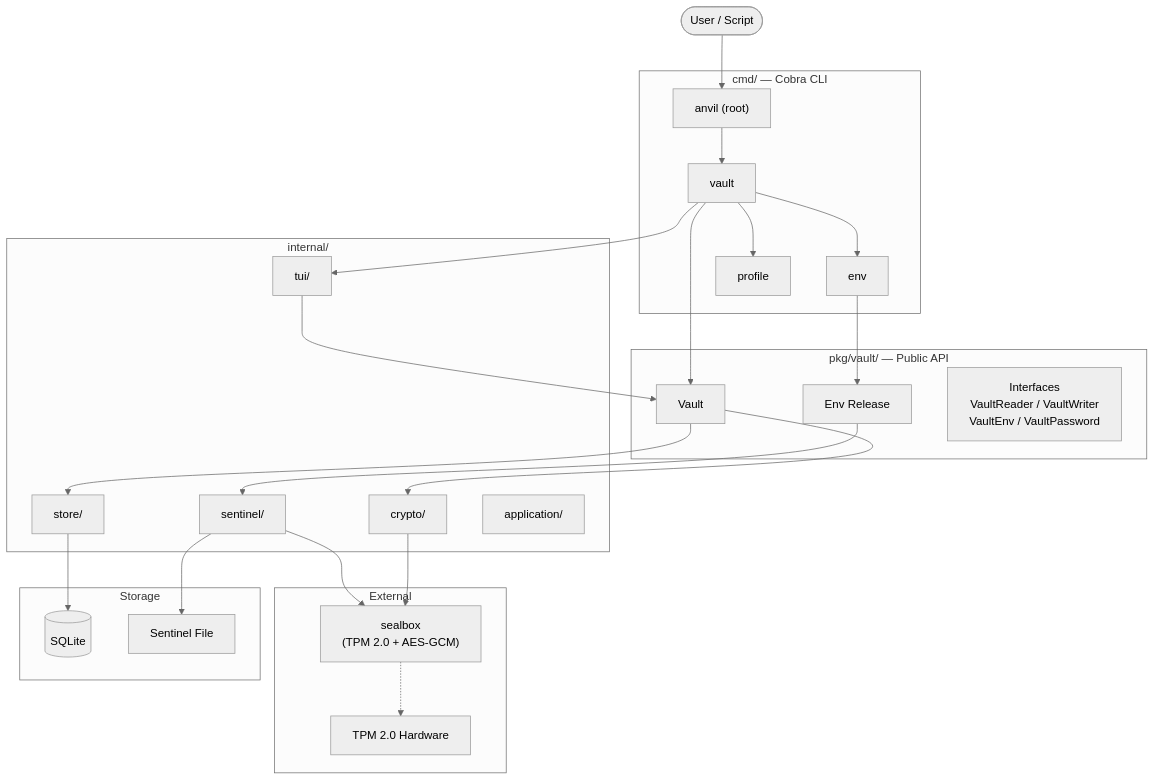
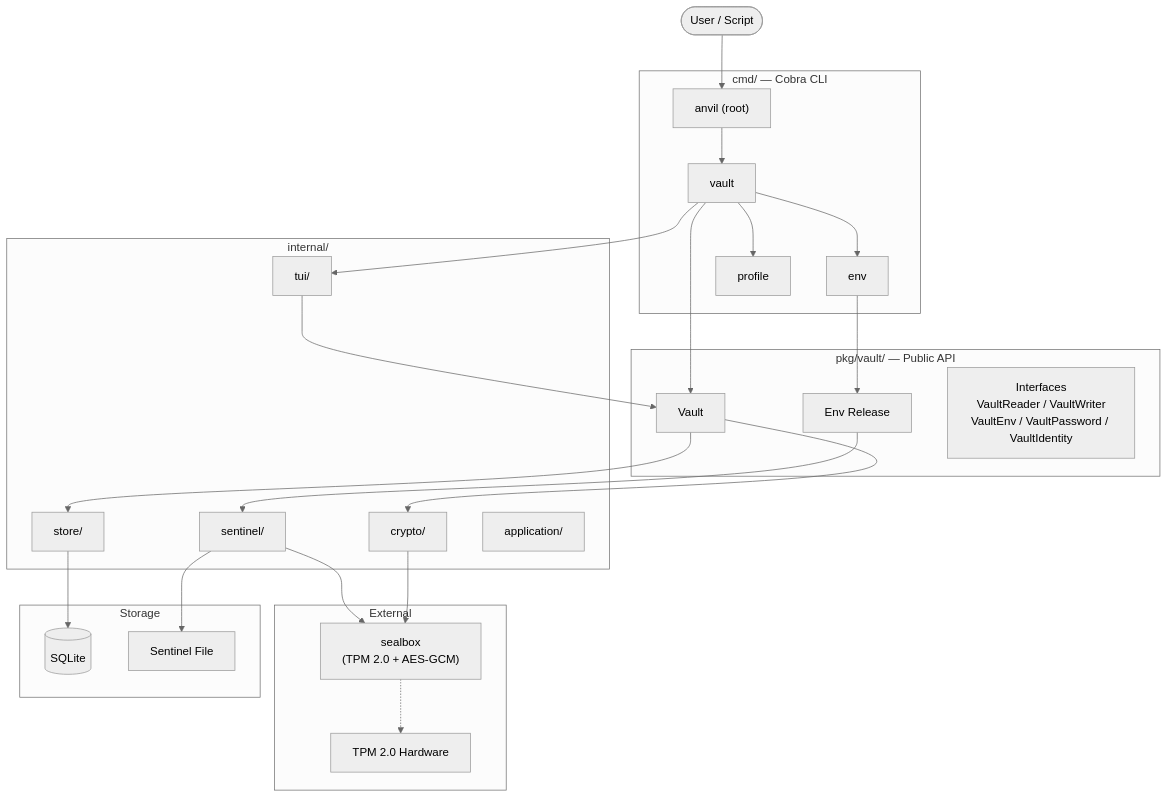
One commit to inovacc/anvil changed the first of 15 diagrams in docs/ARCHITECTURE.md. Above: the diagram before and after it, drawn with Mermaid (neutral theme). The commit also changed other lines of this file and 4 other files, not shown here.

Commit message:
docs: update README, ARCHITECTURE, FEATURES with installation ID and task install

````diff
--- a/docs/ARCHITECTURE.md
+++ b/docs/ARCHITECTURE.md
@@ -7,52 +7,52 @@
 ```mermaid
 graph TB
     User([User / Script])
 
     subgraph CLI["cmd/ — Cobra CLI"]
         Root["anvil (root)"]
         VaultCmd["vault"]
         EnvCmd["env"]
         ProfileCmd["profile"]
     end
 
     subgraph Core["pkg/vault/ — Public API"]
         Vault["Vault"]
         EnvOps["Env Release"]
-        Ifaces["Interfaces<br/>VaultReader / VaultWriter<br/>VaultEnv / VaultPassword"]
+        Ifaces["Interfaces<br/>VaultReader / VaultWriter<br/>VaultEnv / VaultPassword / VaultIdentity"]
     end
 
     subgraph Internal["internal/"]
         Crypto["crypto/"]
         Sentinel["sentinel/"]
         Store["store/"]
         App["application/"]
         TUI["tui/"]
     end
 
     subgraph External["External"]
         Sealbox["sealbox<br/>(TPM 2.0 + AES-GCM)"]
         TPM["TPM 2.0 Hardware"]
     end
 
     subgraph Storage["Storage"]
         DB[(SQLite)]
         FS["Sentinel File"]
     end
 
     User --> Root
     Root --> VaultCmd
     VaultCmd --> EnvCmd
     VaultCmd --> ProfileCmd
     VaultCmd --> Vault
     VaultCmd --> TUI
     TUI --> Vault
     EnvCmd --> EnvOps
     Vault --> Crypto
     Vault --> Store
     EnvOps --> Sentinel
     Sentinel --> Sealbox
     Crypto --> Sealbox
     Sealbox -.-> TPM
     Store --> DB
     Sentinel --> FS
 ```
````
